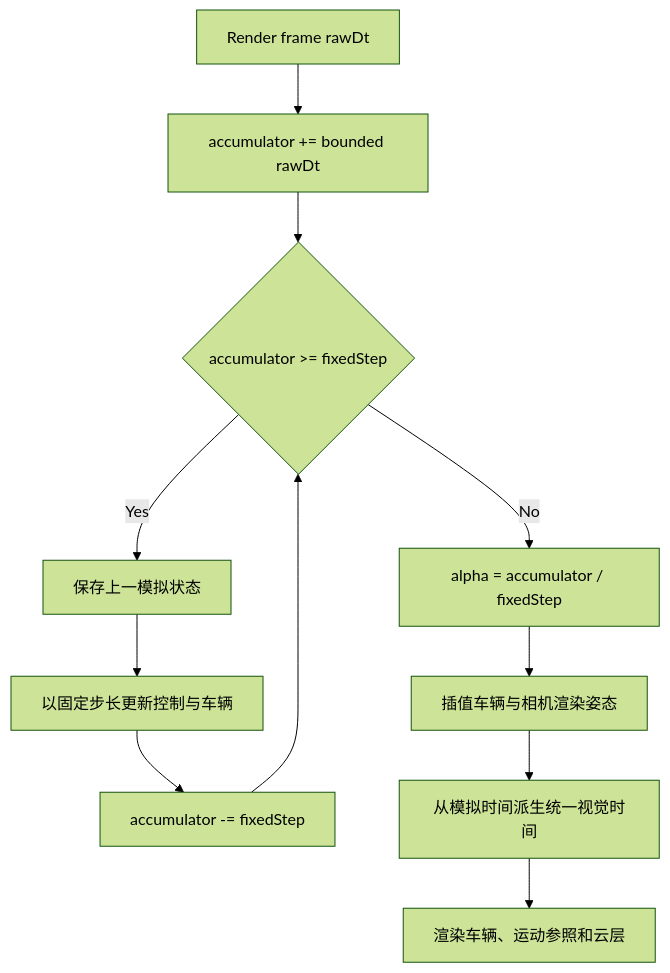
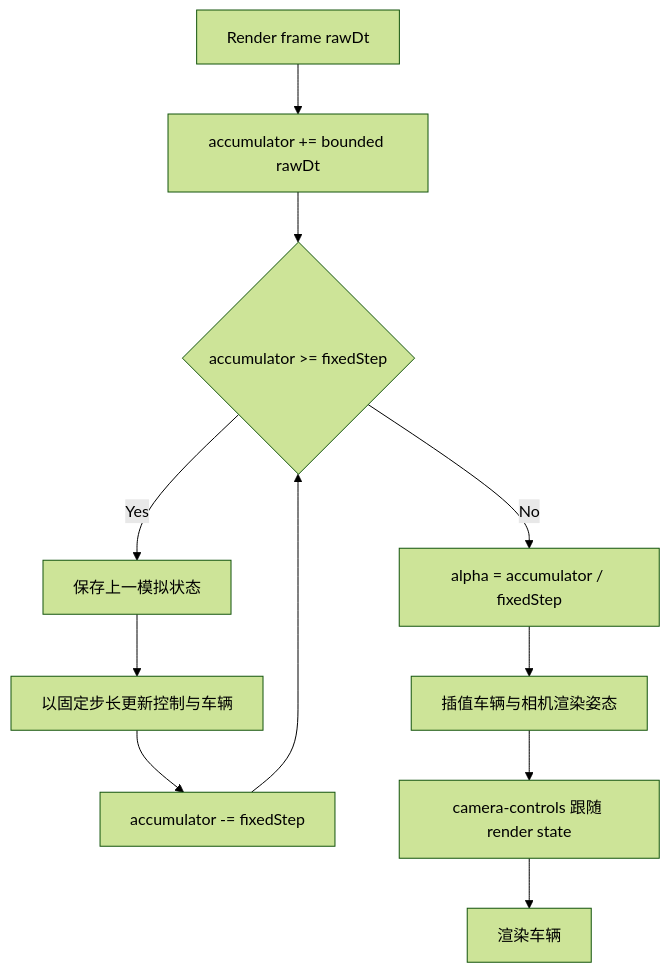
The second of 2 diagrams in docs/dev/sunset-drive/vehicle-frame-pacing.md (64n-goxutech/shader-roam), drawn with Mermaid (forest theme) before and after one commit. The commit also changed other lines of this file and 13 other files, not shown here.

````diff
--- a/docs/dev/sunset-drive/vehicle-frame-pacing.md
+++ b/docs/dev/sunset-drive/vehicle-frame-pacing.md
@@ -38,13 +33,13 @@
 ```mermaid
 flowchart TB
     Frame[Render frame rawDt] --> Accumulator[accumulator += bounded rawDt]
     Accumulator --> FixedLoop{accumulator >= fixedStep}
     FixedLoop -->|Yes| Snapshot[保存上一模拟状态]
     Snapshot --> Simulate[以固定步长更新控制与车辆]
     Simulate --> Consume[accumulator -= fixedStep]
     Consume --> FixedLoop
     FixedLoop -->|No| Alpha[alpha = accumulator / fixedStep]
     Alpha --> Interpolate[插值车辆与相机渲染姿态]
-    Interpolate --> VisualTime[从模拟时间派生统一视觉时间]
-    VisualTime --> Render[渲染车辆、运动参照和云层]
+    Interpolate --> Camera[camera-controls 跟随 render state]
+    Camera --> Render[渲染车辆]
 ```
````
